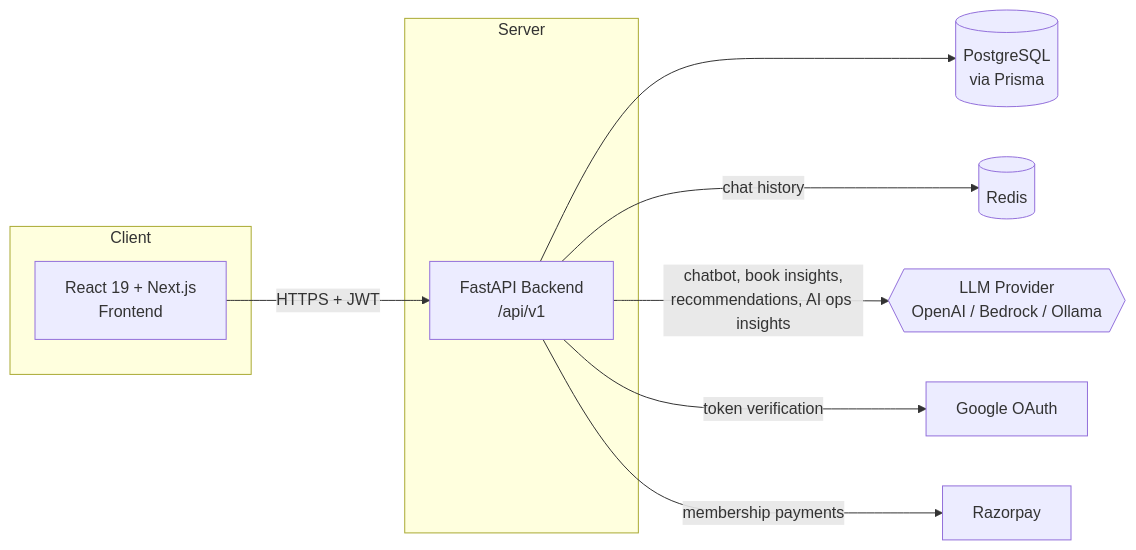
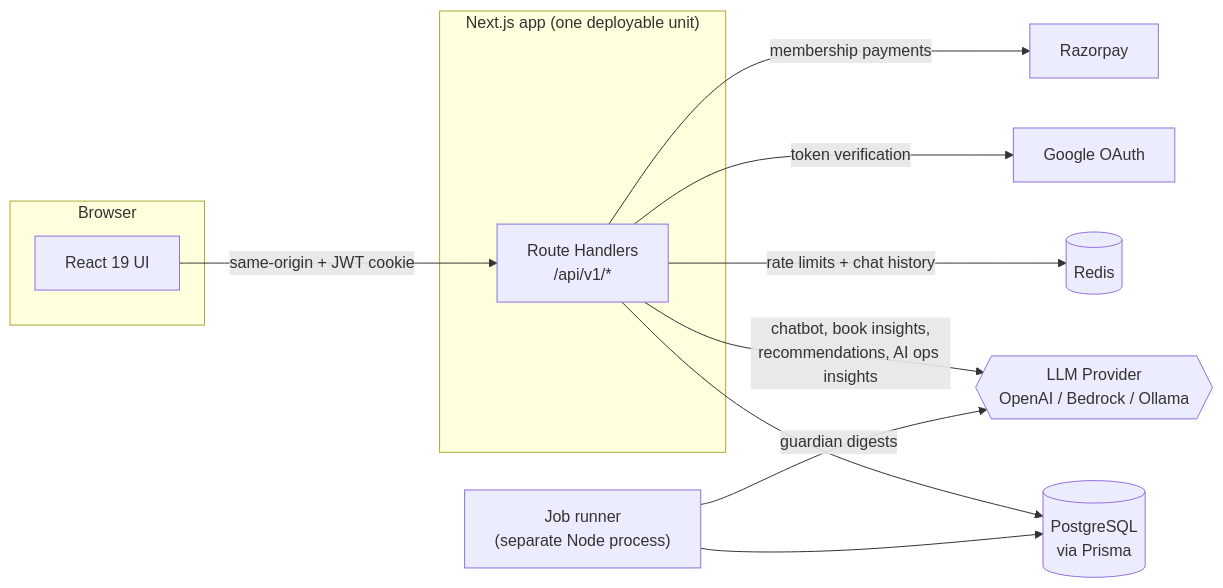
Before and after one commit to 21f1001805/Library_management: the first of 5 diagrams in README.md, drawn with Mermaid. The commit also changed other lines of this file and 23 other files, not shown here.

````diff
--- a/README.md
+++ b/README.md
@@ -81,23 +83,27 @@
 ```mermaid
 flowchart LR
-    subgraph Client
-        FE["React 19 + Next.js<br/>Frontend"]
+    subgraph Browser
+        UI["React 19 UI"]
     end
 
-    subgraph Server
-        BE["FastAPI Backend<br/>/api/v1"]
+    subgraph "Next.js app (one deployable unit)"
+        API["Route Handlers<br/>/api/v1/*"]
     end
+
+    JOBS["Job runner<br/>(separate Node process)"]
 
     PG[("PostgreSQL<br/>via Prisma")]
     RD[("Redis")]
     LLM{{"LLM Provider<br/>OpenAI / Bedrock / Ollama"}}
     GA["Google OAuth"]
     RP["Razorpay"]
 
-    FE -->|"HTTPS + JWT"| BE
-    BE --> PG
-    BE -->|"chat history"| RD
-    BE -->|"chatbot, book insights,<br/>recommendations, AI ops insights"| LLM
-    BE -->|"token verification"| GA
-    BE -->|"membership payments"| RP
+    UI -->|"same-origin + JWT cookie"| API
+    API --> PG
+    API -->|"rate limits + chat history"| RD
+    API -->|"chatbot, book insights,<br/>recommendations, AI ops insights"| LLM
+    API -->|"token verification"| GA
+    API -->|"membership payments"| RP
+    JOBS --> PG
+    JOBS -->|"guardian digests"| LLM
 ```
````
